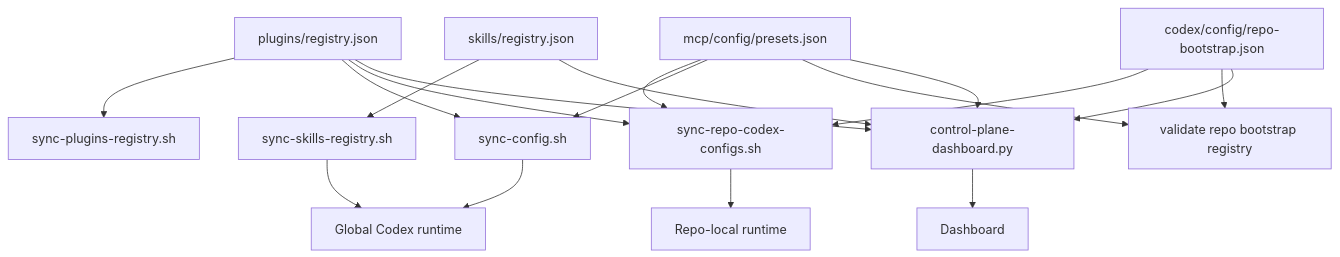
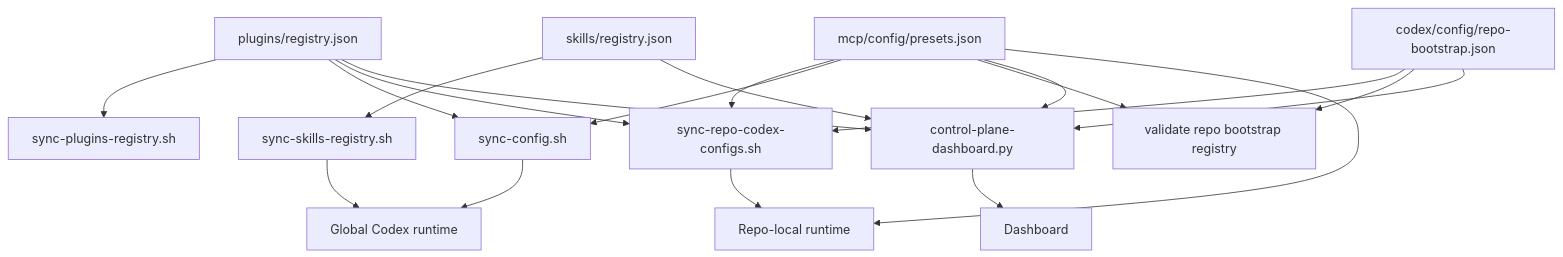
The diagram in docs/architecture/capability-bootstrap-model.md (wisdom-in-a-nutshell/.agents), drawn with Mermaid before and after one commit. The commit also changed other lines of this file and 40 other files, not shown here.

````diff
--- a/docs/architecture/capability-bootstrap-model.md
+++ b/docs/architecture/capability-bootstrap-model.md
@@ -9,34 +9,35 @@
 ```mermaid
 flowchart TD
     P[plugins/registry.json]
     A[skills/registry.json]
     B[codex/config/repo-bootstrap.json]
     C[mcp/config/presets.json]
     PS[sync-plugins-registry.sh]
     E[sync-skills-registry.sh]
     F[sync-repo-codex-configs.sh]
     G[sync-config.sh]
     H[validate repo bootstrap registry]
     D[control-plane-dashboard.py]
     I[Global Codex runtime]
     J[Repo-local runtime]
     K[Dashboard]
 
     P --> PS
     P --> G
     P --> F
     P --> D
     A --> E
     A --> D
     B --> F
     B --> H
     B --> D
     C --> F
     C --> G
     C --> H
     C --> D
+    C --> J
     E --> I
     F --> J
     G --> I
     D --> K
 ```
````
